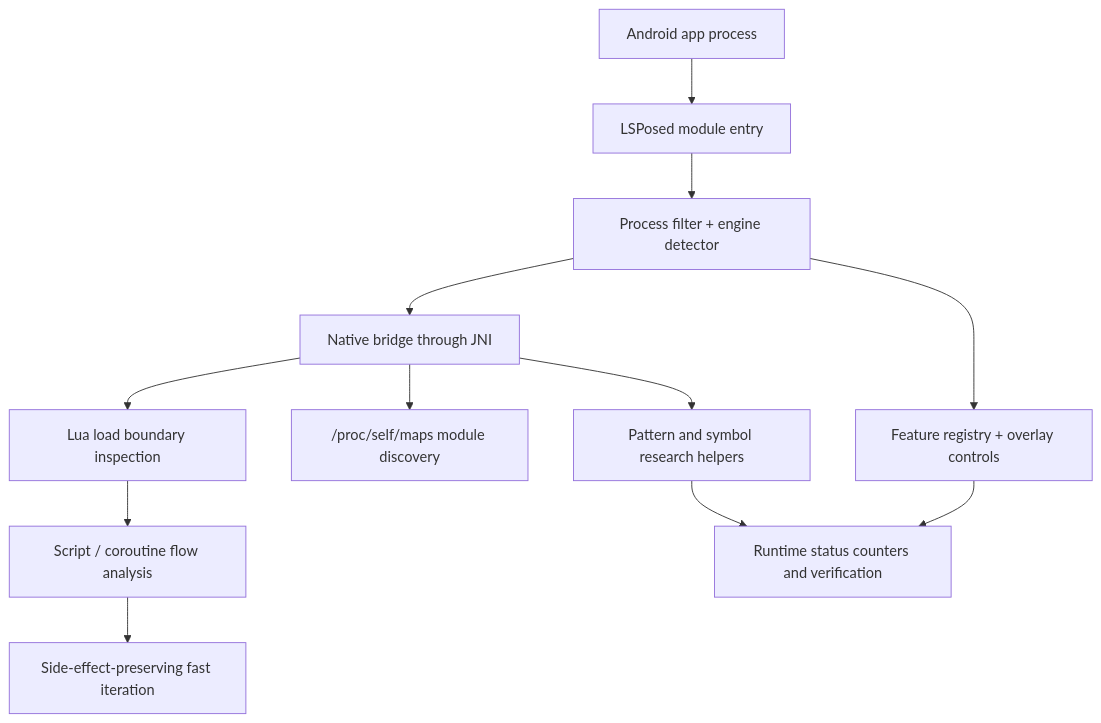
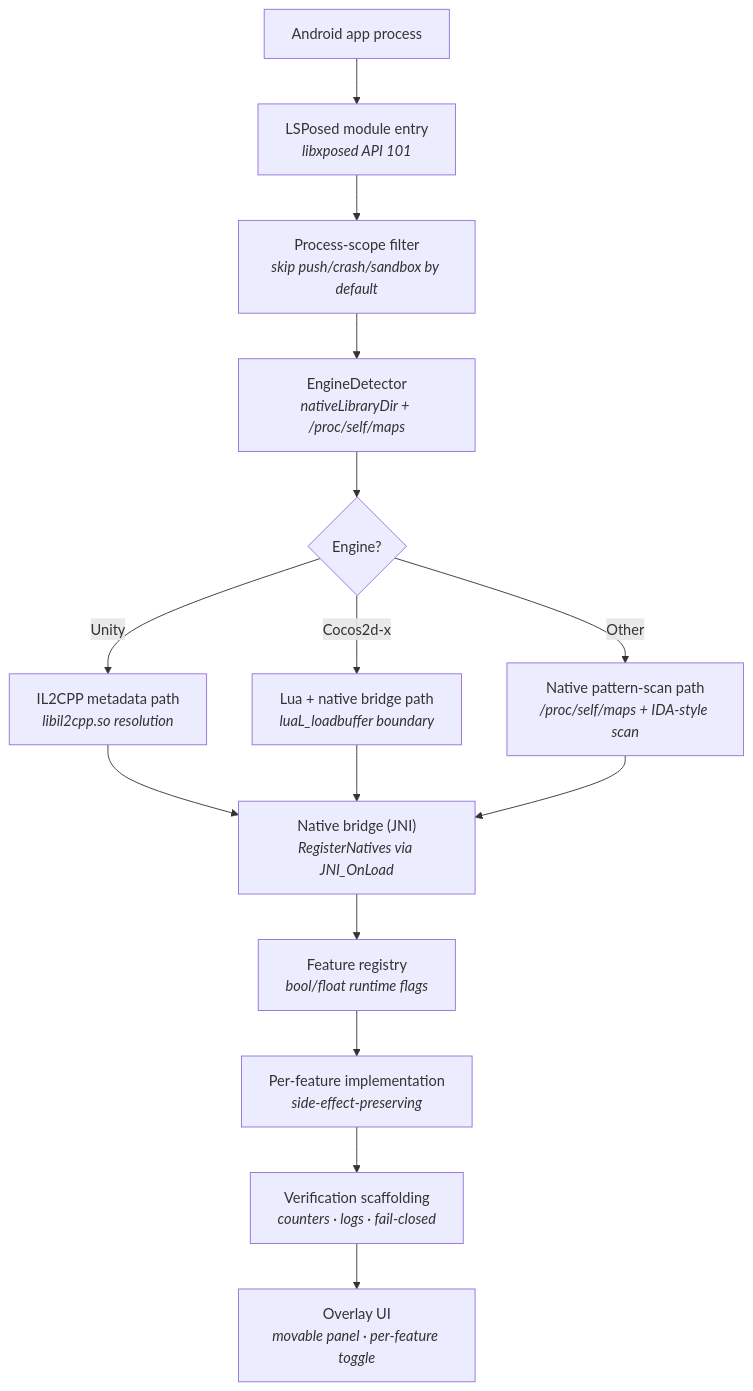
One commit to Jordan231111/ae-pcd-stamp-tracer-public changed the second of 2 diagrams in README.md. Above: the diagram before and after it, drawn with Mermaid. The commit also changed other lines of this file, not shown here.

Commit message:
Expand case study: scope/lineage callouts, 7 detailed engineering problems with solutions, design principles, full architecture flow

````diff
--- a/README.md
+++ b/README.md
@@ -9,14 +66,17 @@
 ```mermaid
 flowchart TD
-    A["Android app process"] --> B["LSPosed module entry"]
-    B --> C["Process filter + engine detector"]
-    C --> D["Feature registry + overlay controls"]
-    C --> E["Native bridge through JNI"]
-    E --> F["/proc/self/maps module discovery"]
-    E --> G["Pattern and symbol research helpers"]
-    E --> H["Lua load boundary inspection"]
-    H --> I["Script / coroutine flow analysis"]
-    I --> J["Side-effect-preserving fast iteration"]
-    G --> K["Runtime status counters and verification"]
-    D --> K
+    A["Android app process"] --> B["LSPosed module entry<br/><i>libxposed API 101</i>"]
+    B --> C["Process-scope filter<br/><i>skip push/crash/sandbox by default</i>"]
+    C --> D["EngineDetector<br/><i>nativeLibraryDir + /proc/self/maps</i>"]
+    D --> E{"Engine?"}
+    E -->|Unity| F1["IL2CPP metadata path<br/><i>libil2cpp.so resolution</i>"]
+    E -->|Cocos2d-x| F2["Lua + native bridge path<br/><i>luaL_loadbuffer boundary</i>"]
+    E -->|Other| F3["Native pattern-scan path<br/><i>/proc/self/maps + IDA-style scan</i>"]
+    F1 --> G["Native bridge (JNI)<br/><i>RegisterNatives via JNI_OnLoad</i>"]
+    F2 --> G
+    F3 --> G
+    G --> H["Feature registry<br/><i>bool/float runtime flags</i>"]
+    H --> I["Per-feature implementation<br/><i>side-effect-preserving</i>"]
+    I --> J["Verification scaffolding<br/><i>counters · logs · fail-closed</i>"]
+    J --> K["Overlay UI<br/><i>movable panel · per-feature toggle</i>"]
 ```
````
